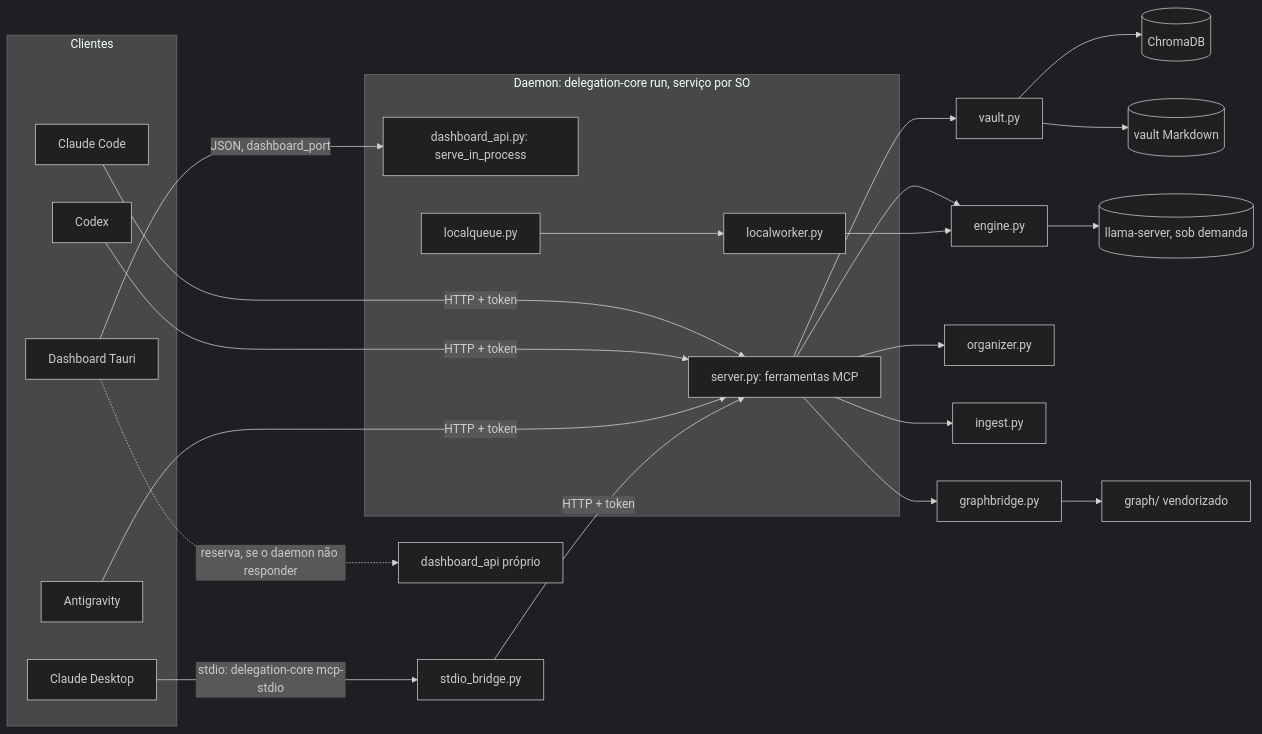
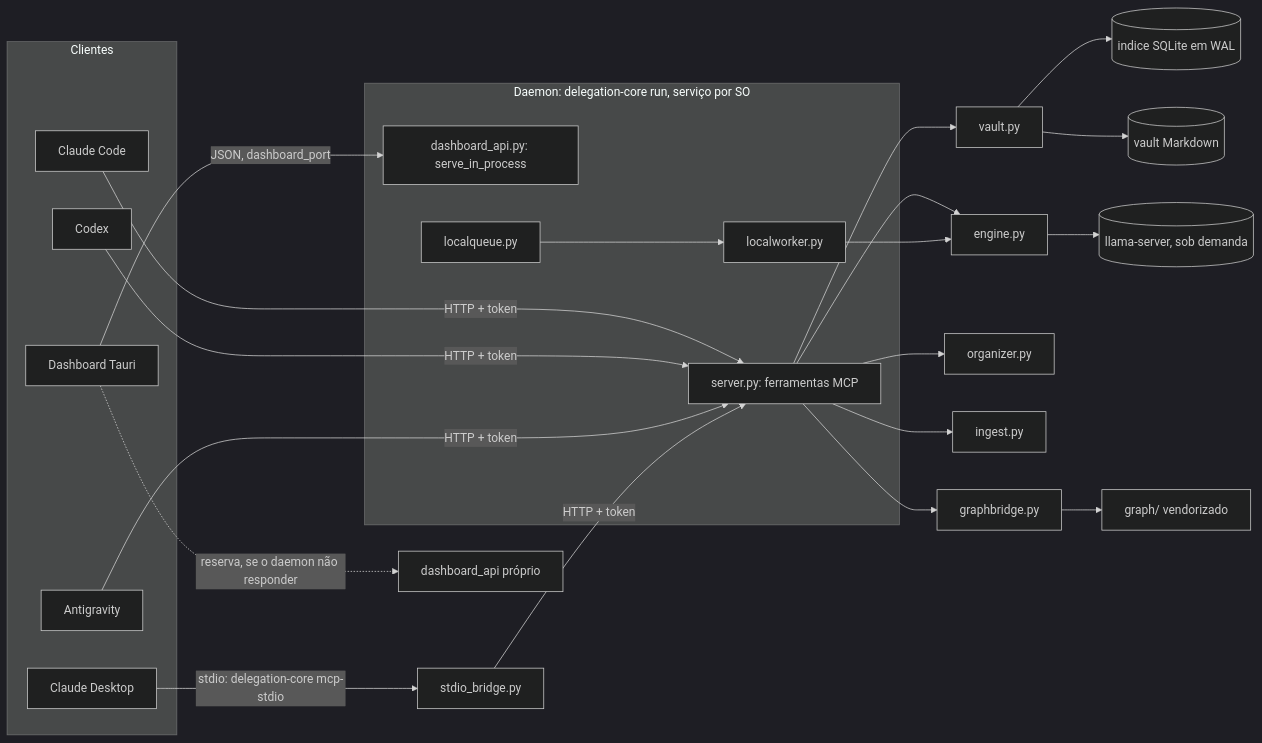
Before and after one commit to AnonJoey/Delegation-Core-Office: the diagram in docs/MAPA.md, drawn with Mermaid (dark theme). The commit also changed other lines of this file and 8 other files, not shown here.

````diff
--- a/docs/MAPA.md
+++ b/docs/MAPA.md
@@ -18,31 +19,31 @@
 ```mermaid
 flowchart LR
   subgraph Clientes
     CC[Claude Code]
     CD[Claude Desktop]
     CX[Codex]
     AG[Antigravity]
     DB[Dashboard Tauri]
   end
   CD -->|stdio: delegation-core mcp-stdio| SB[stdio_bridge.py]
   CC -->|HTTP + token| S
   CX -->|HTTP + token| S
   AG -->|HTTP + token| S
   SB -->|HTTP + token| S
   DB -->|JSON, dashboard_port| API
   DB -.reserva, se o daemon não responder.-> SC[dashboard_api próprio]
 
   subgraph Daemon[Daemon: delegation-core run, serviço por SO]
     S[server.py: ferramentas MCP]
     API[dashboard_api.py: serve_in_process]
     LQ[localqueue.py] --> LW[localworker.py]
   end
 
-  S --> V[vault.py] --> CH[(ChromaDB)]
+  S --> V[vault.py] --> IX[(indice SQLite em WAL)]
   V --> VA[(vault Markdown)]
   S --> E[engine.py] --> L[(llama-server, sob demanda)]
   LW --> E
   S --> O[organizer.py]
   S --> I[ingest.py]
   S --> GB[graphbridge.py] --> G[graph/ vendorizado]
 ```
````
